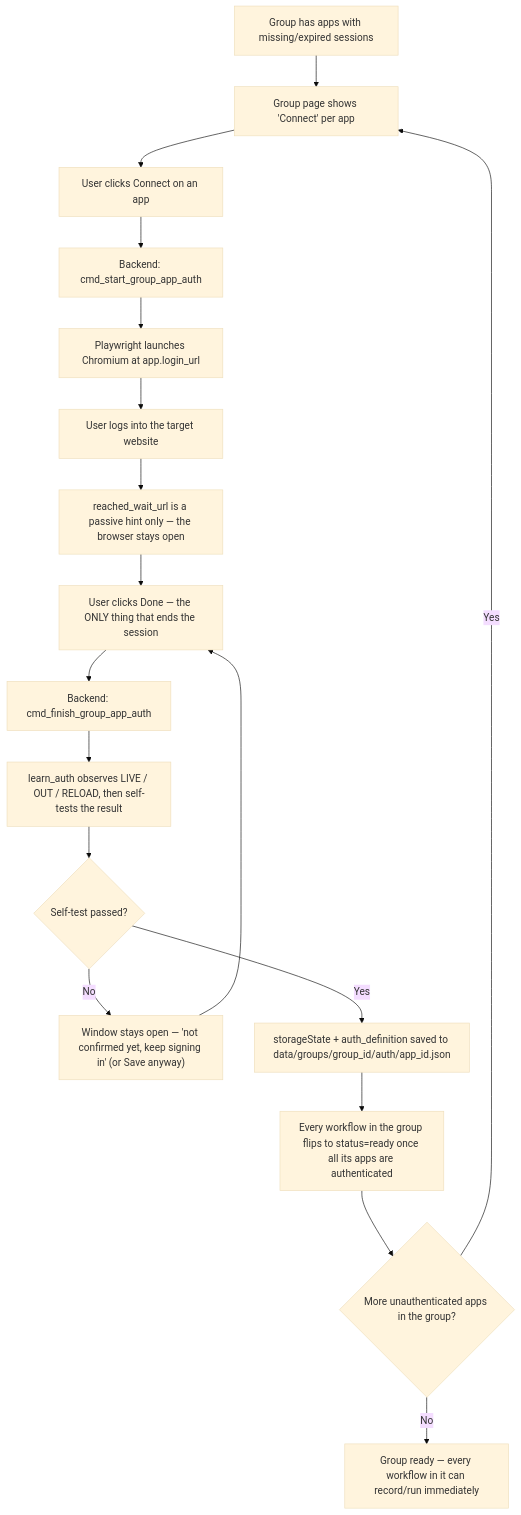
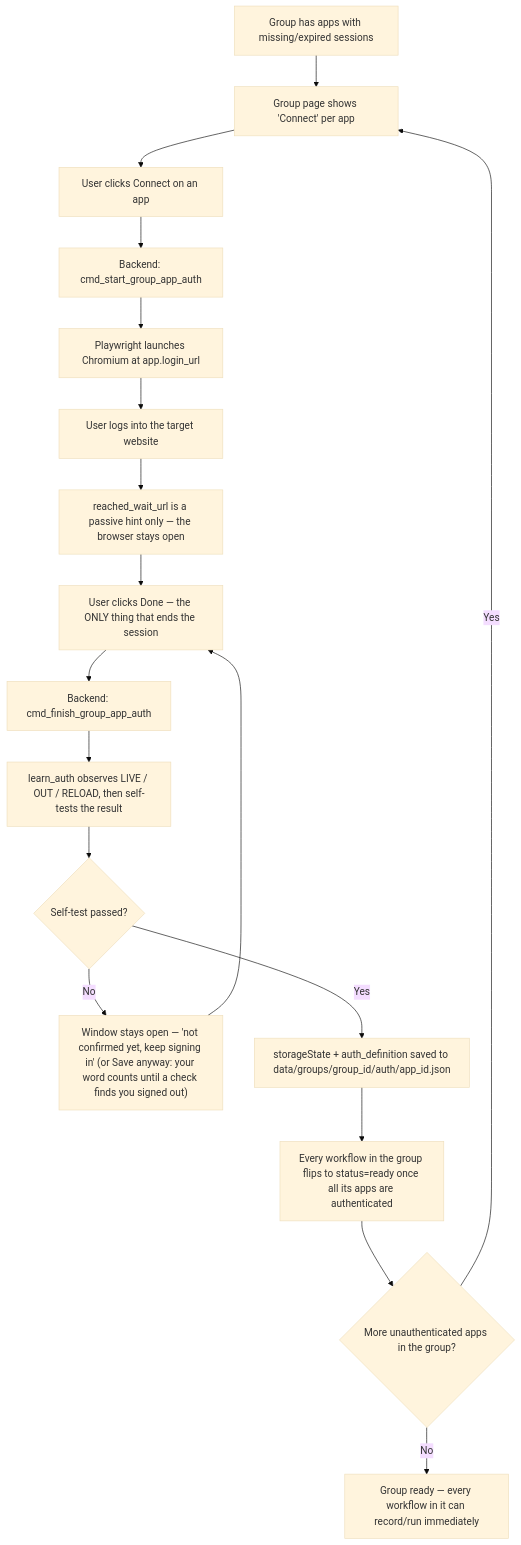
Before and after one commit to cannonboldoff-hue/CONXA: the fifth of 23 diagrams in docs/App-Flow.md, drawn with Mermaid (base theme). The commit also changed 10 other files, not shown here.

````diff
--- a/docs/App-Flow.md
+++ b/docs/App-Flow.md
@@ -176,20 +176,20 @@
 ```mermaid
 flowchart TD
     A[Group has apps with missing/expired sessions] --> B["Group page shows 'Connect' per app"]
     B --> C[User clicks Connect on an app]
     C --> D[Backend: cmd_start_group_app_auth]
     D --> E[Playwright launches Chromium at app.login_url]
     E --> F[User logs into the target website]
     F --> G["reached_wait_url is a passive hint only — the browser stays open"]
     G --> H[User clicks Done — the ONLY thing that ends the session]
     H --> I[Backend: cmd_finish_group_app_auth]
     I --> J["learn_auth observes LIVE / OUT / RELOAD, then self-tests the result"]
     J --> K{Self-test passed?}
-    K -->|No| L["Window stays open — 'not confirmed yet, keep signing in' (or Save anyway)"]
+    K -->|No| L["Window stays open — 'not confirmed yet, keep signing in' (or Save anyway: your word counts until a check finds you signed out)"]
     L --> H
     K -->|Yes| M[storageState + auth_definition saved to data/groups/group_id/auth/app_id.json]
     M --> N[Every workflow in the group flips to status=ready once all its apps are authenticated]
     N --> O{More unauthenticated apps in the group?}
     O -->|Yes| B
     O -->|No| P[Group ready — every workflow in it can record/run immediately]
 ```
````
